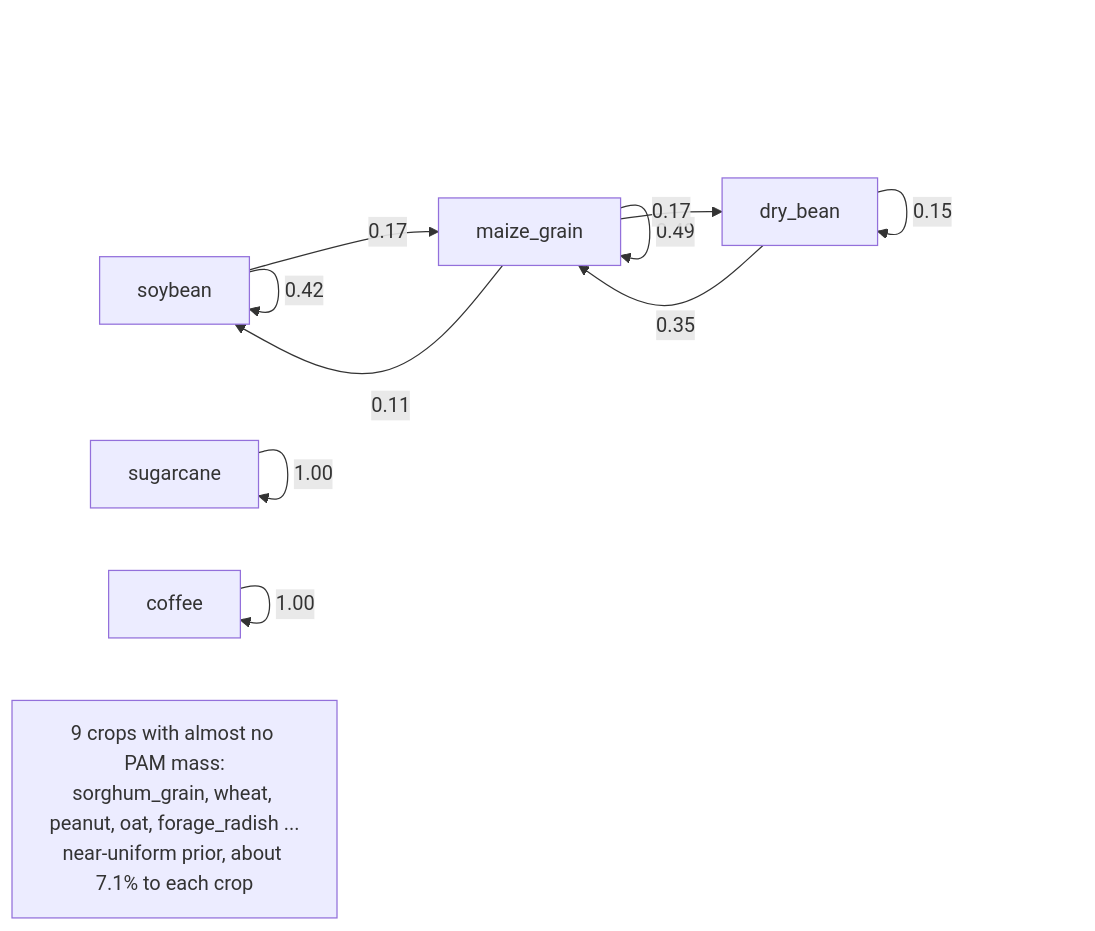
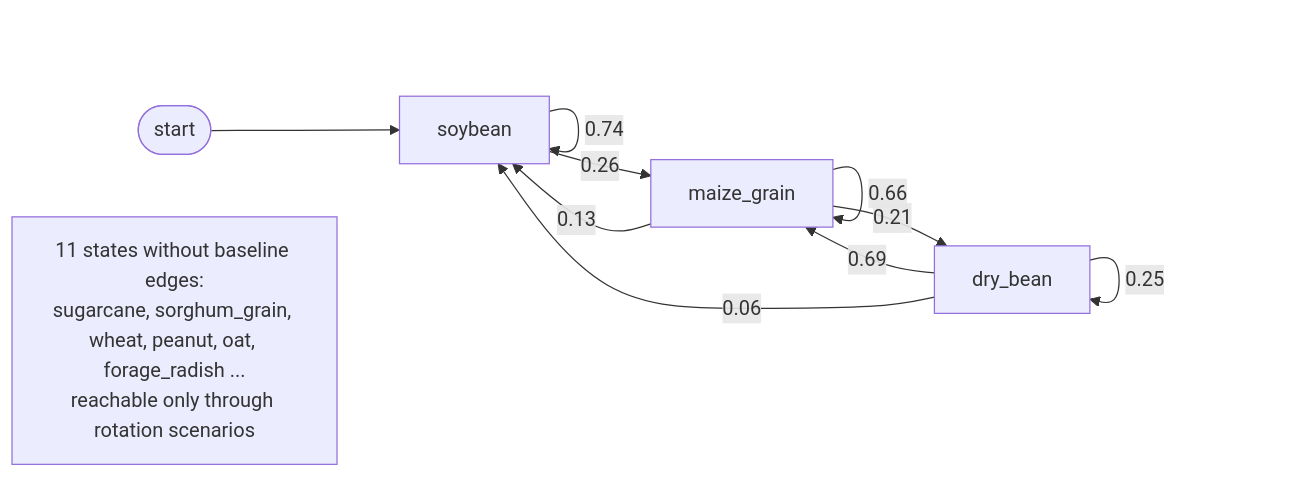
One commit to Gabriel-ASM/field-shift changed the fourth of 8 diagrams in docs/backend-design.md. Above: the diagram before and after it, drawn with Mermaid. The commit also changed other lines of this file and 49 other files, not shown here.

````diff
--- a/docs/backend-design.md
+++ b/docs/backend-design.md
@@ -134,13 +136,13 @@
 ```mermaid
 flowchart LR
-  soybean -->|0.42| soybean
-  soybean -->|0.17| maize_grain
-  maize_grain -->|0.11| soybean
-  maize_grain -->|0.49| maize_grain
-  maize_grain -->|0.17| dry_bean
-  sugarcane -->|1.00| sugarcane
-  coffee -->|1.00| coffee
-  dry_bean -->|0.35| maize_grain
-  dry_bean -->|0.15| dry_bean
-  weak["9 crops with almost no PAM mass:<br/>sorghum_grain, wheat, peanut, oat, forage_radish ...<br/>near-uniform prior, about 7.1% to each crop"]
+  soybean -->|0.74| soybean
+  soybean -->|0.26| maize_grain
+  maize_grain -->|0.66| maize_grain
+  maize_grain -->|0.21| dry_bean
+  maize_grain -->|0.13| soybean
+  dry_bean -->|0.69| maize_grain
+  dry_bean -->|0.25| dry_bean
+  dry_bean -->|0.06| soybean
+  start(["start"]) --> soybean
+  alone["11 states without baseline edges:<br/>sugarcane, sorghum_grain, wheat, peanut, oat, forage_radish ...<br/>reachable only through rotation scenarios"]
 ```
````
